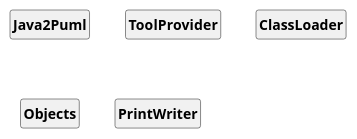
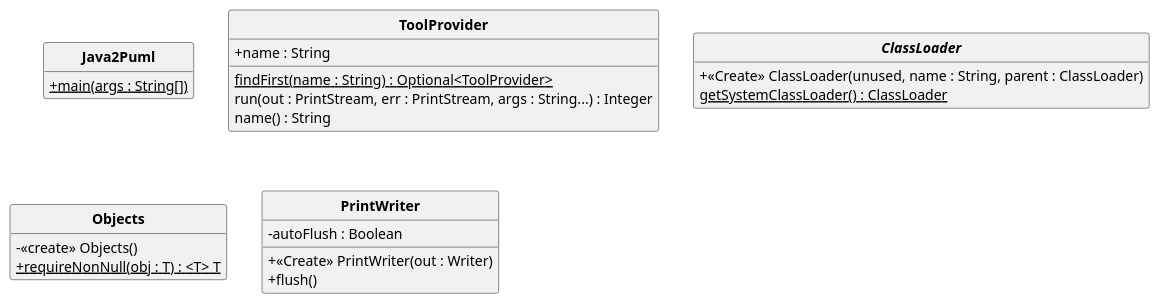
The diagram in uml/DocletDCC.puml (DimToups/Java-to-PUML-converter), drawn with PlantUML before and after one commit. The commit also changed 2 other files, not shown here.

```diff
--- a/uml/DocletDCC.puml
+++ b/uml/DocletDCC.puml
@@ -1,29 +1,36 @@
 @startuml
 'https://plantuml.com/class-diagram
 skinparam style strictuml
 skinparam classAttributeIconSize 0
 skinparam classFontStyle Bold
 
 hide empty members
 
 class Java2Puml{
-
+    + main(args : String[]) {static}
 }
 
 class ToolProvider{
-
+    + name : String
+    findFirst(name : String) : Optional<ToolProvider> {static}
+    run(out : PrintStream, err : PrintStream, args : String...) : Integer
+    name() : String
 }
 
-class ClassLoader{
-
+abstract class ClassLoader{
+    + <<Create>> ClassLoader(unused, name : String, parent : ClassLoader)
+    getSystemClassLoader() : ClassLoader {static}
 }
 
 class Objects{
-
+    - <<create>> Objects()
+    + requireNonNull(obj : T) : <T> T {static}
 }
 
 class PrintWriter{
-
+    - autoFlush : Boolean
+    + <<Create>> PrintWriter(out : Writer)
+    + flush()
 }
 
 @enduml
```
